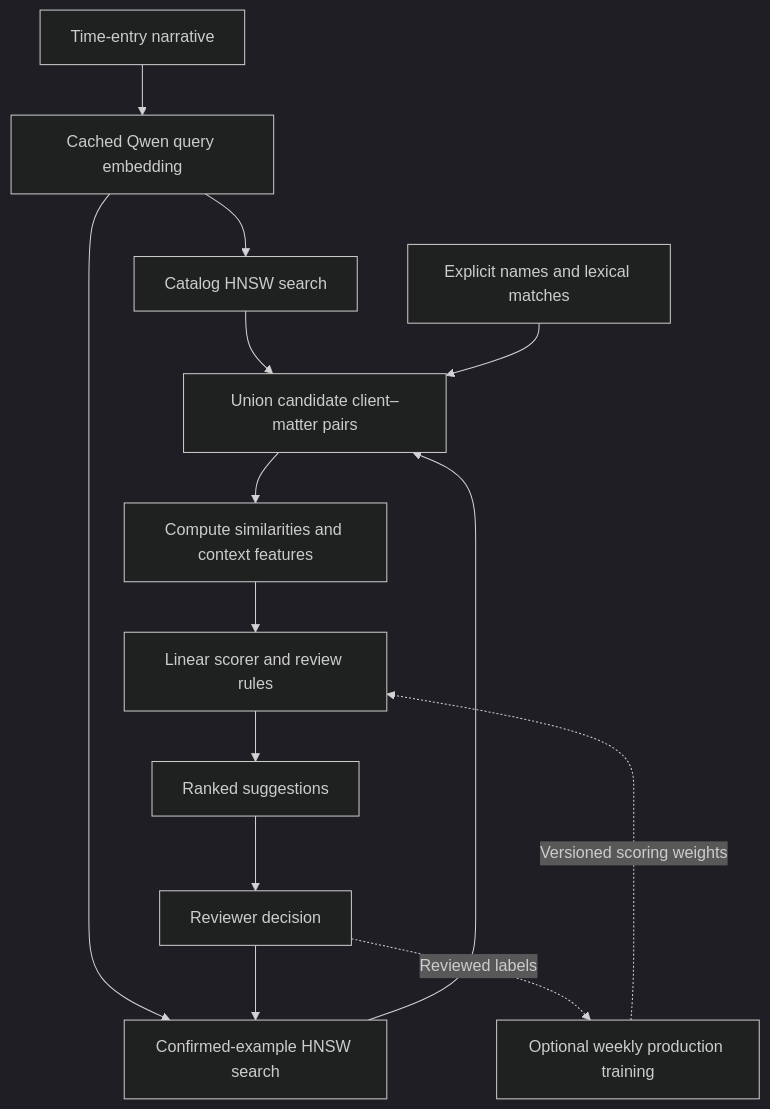
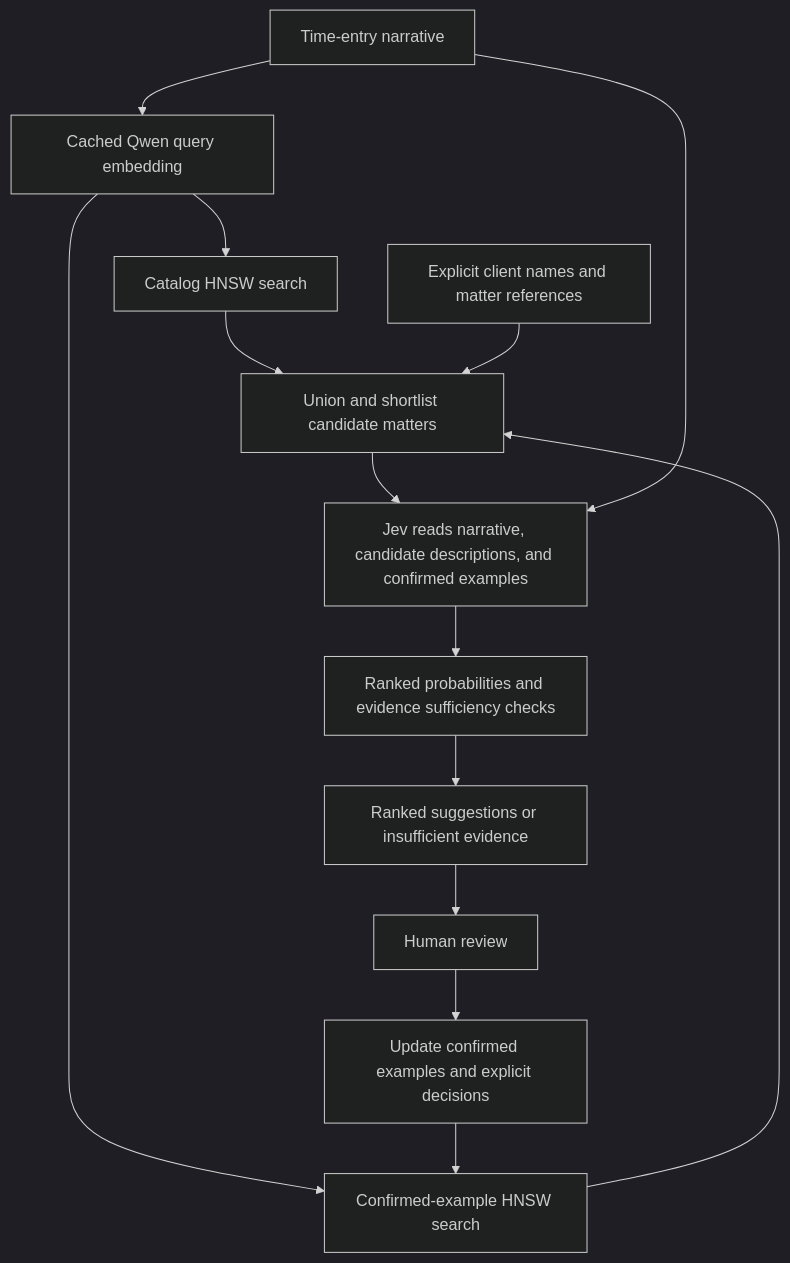
Before and after one commit to sonjoseph/PointTwo: the diagram in CLASSIFICATION_DESIGN.md, drawn with Mermaid (dark theme). The commit also changed other lines of this file and 23 other files, not shown here.

First line of the commit message:
Use Jev for retrieved client-matter decisions

````diff
--- a/CLASSIFICATION_DESIGN.md
+++ b/CLASSIFICATION_DESIGN.md
@@ -37,16 +49,16 @@
 ```mermaid
 flowchart TD
     Q[Time-entry narrative] --> E[Cached Qwen query embedding]
     E --> C[Catalog HNSW search]
     E --> H[Confirmed-example HNSW search]
-    C --> U[Union candidate client–matter pairs]
+    C --> U[Union and shortlist candidate matters]
     H --> U
-    L[Explicit names and lexical matches] --> U
-    U --> F[Compute similarities and context features]
-    F --> S[Linear scorer and review rules]
-    S --> R[Ranked suggestions]
-    R --> D[Reviewer decision]
-    D --> H
-    D -. Reviewed labels .-> T[Optional weekly production training]
-    T -. Versioned scoring weights .-> S
+    L[Explicit client names and matter references] --> U
+    U --> J[Jev reads narrative, candidate descriptions, and confirmed examples]
+    Q --> J
+    J --> G[Ranked probabilities and evidence sufficiency checks]
+    G --> R[Ranked suggestions or insufficient evidence]
+    R --> D[Human review]
+    D --> X[Update confirmed examples and explicit decisions]
+    X --> H
 ```
````
